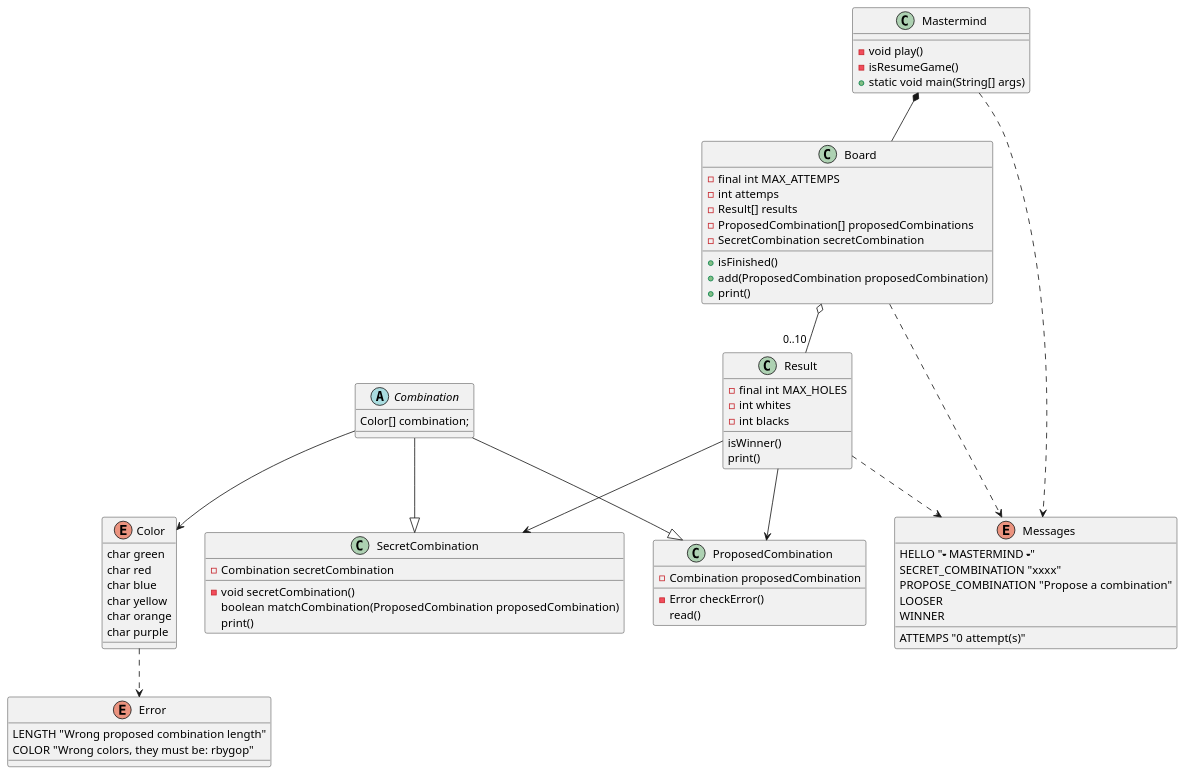
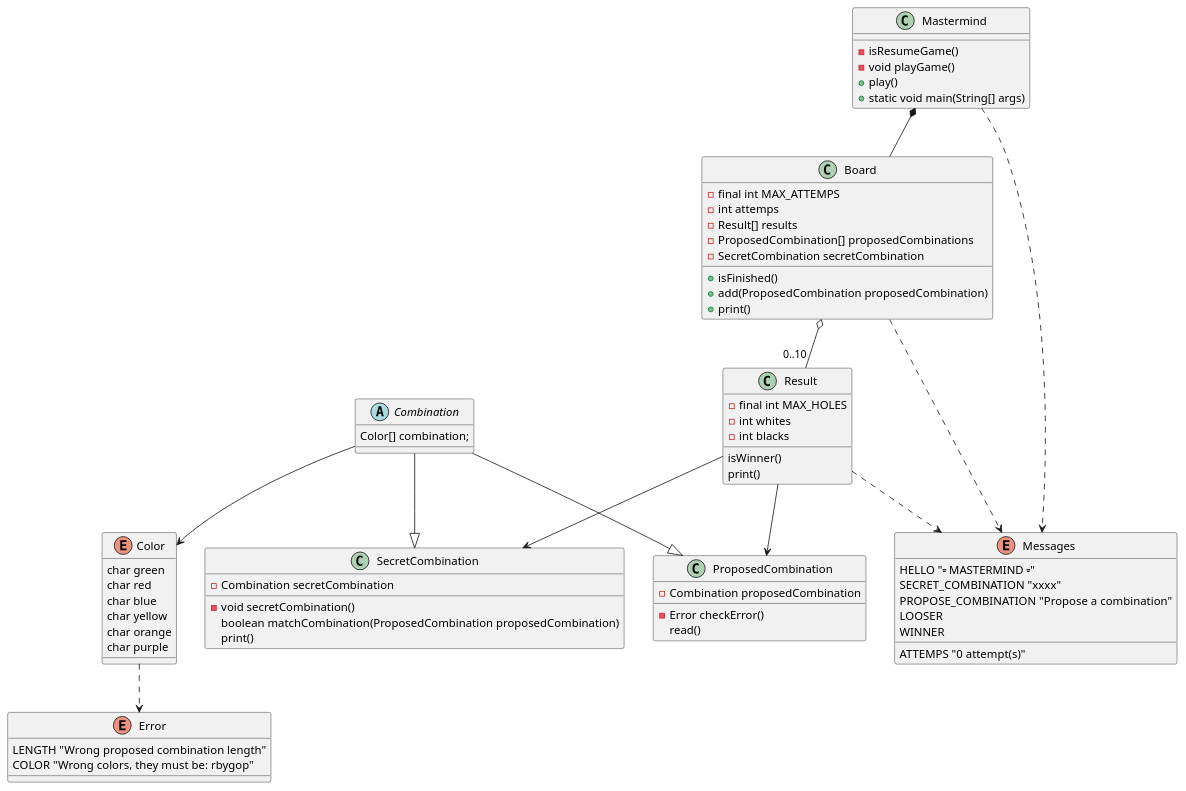
Before and after one commit to ivanzm/java-mastermind: the diagram in docs/clases.puml, drawn with PlantUML.

Commit message:
Add designClass

```diff
--- a/docs/clases.puml
+++ b/docs/clases.puml
@@ -1,78 +1,79 @@
 @startuml
 
 class Mastermind {
-- void play()
 - isResumeGame()
+- void playGame()
++ play()
 + static void main(String[] args)
 }
 
 class Board {
 - final int MAX_ATTEMPS
 - int attemps
 - Result[] results
 - ProposedCombination[] proposedCombinations
 - SecretCombination secretCombination
 + isFinished()
 + add(ProposedCombination proposedCombination)
 + print()
 }
 
 abstract class Combination {
 Color[] combination;
 }
 
 class SecretCombination {
 - Combination secretCombination
 - void secretCombination()
 boolean matchCombination(ProposedCombination proposedCombination)
 print()
 }
 
 class ProposedCombination {
 - Combination proposedCombination
 - Error checkError()
 read()
 }
 
 class Result {
 - final int MAX_HOLES
 - int whites
 - int blacks
 isWinner()
 print()
 }
 
 enum Messages{
 HELLO "----- MASTERMIND -----"
 ATTEMPS "0 attempt(s)"
 SECRET_COMBINATION "xxxx"
 PROPOSE_COMBINATION "Propose a combination"
 LOOSER
 WINNER
 }
 enum Color {
 char green
 char red
 char blue
 char yellow
 char orange
 char purple
 }
 enum Error {
 LENGTH "Wrong proposed combination length"
 COLOR "Wrong colors, they must be: rbygop"
 }
 
 Mastermind *-- Board
 Board o-- "0..10" Result
 Combination --|> SecretCombination
 Combination --|> ProposedCombination
 Result --> SecretCombination
 Result --> ProposedCombination
 Combination --> Color
 Mastermind ..> Messages
 Board ..> Messages
 Result ..> Messages
 Color ..> Error
 
 @enduml
```
